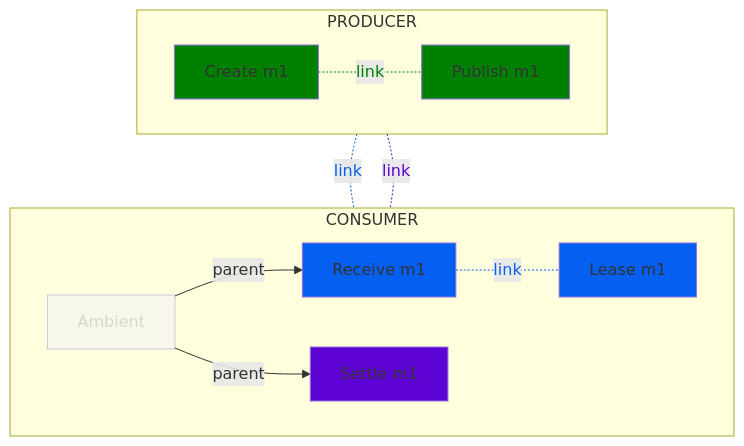
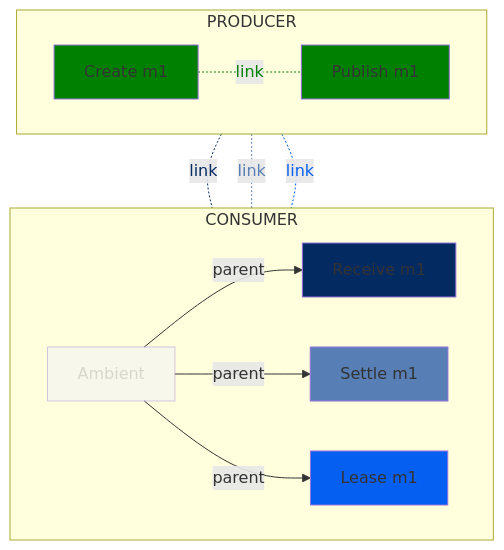
The first of 3 diagrams in docs/messaging/gcp-pubsub.md (alevenberg/semantic-conventions), drawn with Mermaid before and after one commit. The commit also changed other lines of this file, not shown here.

Commit message:
fix single message

````diff
--- a/docs/messaging/gcp-pubsub.md
+++ b/docs/messaging/gcp-pubsub.md
@@ -25,29 +25,51 @@
 ```mermaid
 flowchart TD;
   subgraph CONSUMER
   direction LR
-  A[Ambient]-- parent -->R1[Receive m1]
-  A-- parent -->SM1[Settle m1]
-  R1-. link .-LM1[Lease m1];
+  A[Ambient]
+  R1[Receive m1]
+  SM1[Settle m1]
+  LM1[Lease m1]
+  %% Link 0
+  A-- parent -->R1
+  %% Link 1
+  A-- parent -->SM1
+  %% Link 2
+  A-- parent -->LM1
   end
   subgraph PRODUCER
   direction LR
   CM1[Create m1]
   PM1[Publish m1]
   end
+  %% Link 3
   CM1-. link .-PM1;
+  %% Link 4
   CM1-. link .-R1;
+  %% Link 5
   CM1-. link .-SM1;
+  %% Link 6
+  CM1-. link .-LM1;
 
-  classDef consumer fill:#0560f2
-  class R1,LM1 consumer
-  classDef ack fill:#5e04d4
-  class SM1 ack
+  %% Style the node and corresponding link
+  %% Producer links and nodes
   classDef producer fill:green
   class PM1,CM1 producer
+  linkStyle 3 color:green,stroke:green
+
+  %% Consumer links and nodes
+  classDef consumer fill:#032a61
+  class R1 consumer
+  linkStyle 4 color:#032a61,stroke:#032a61
+
+  classDef lease fill:#0560f2
+  class LM1 lease
+  linkStyle 6 color:#0560f2,stroke:#0560f2
+
+  classDef ack fill:#577eb5
+  class SM1 ack
+  linkStyle 5 color:#577eb5,stroke:#577eb5
+
   classDef additional opacity:0.4
   class A additional
-  linkStyle 3 color:green,stroke:green
-  linkStyle 2,4 color:#0560f2,stroke:#0560f2
-  linkStyle 5 color:#5e04d4,stroke:#5e04d4
 ```
````
